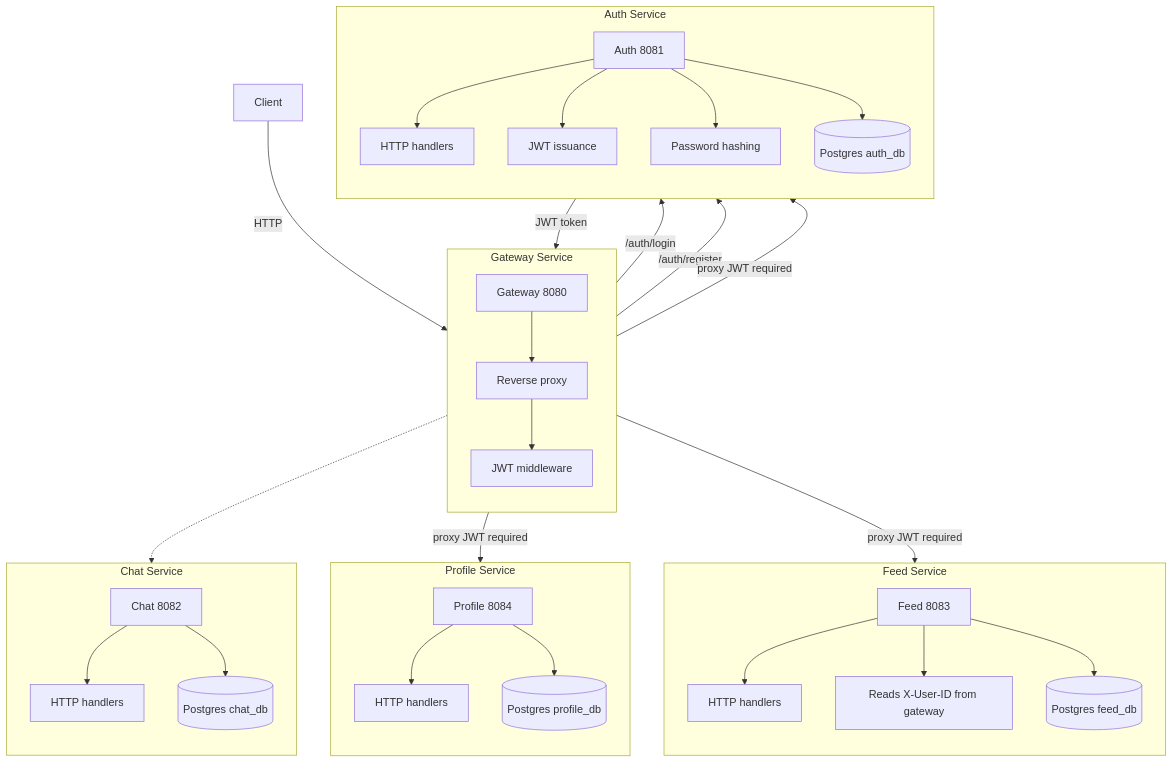
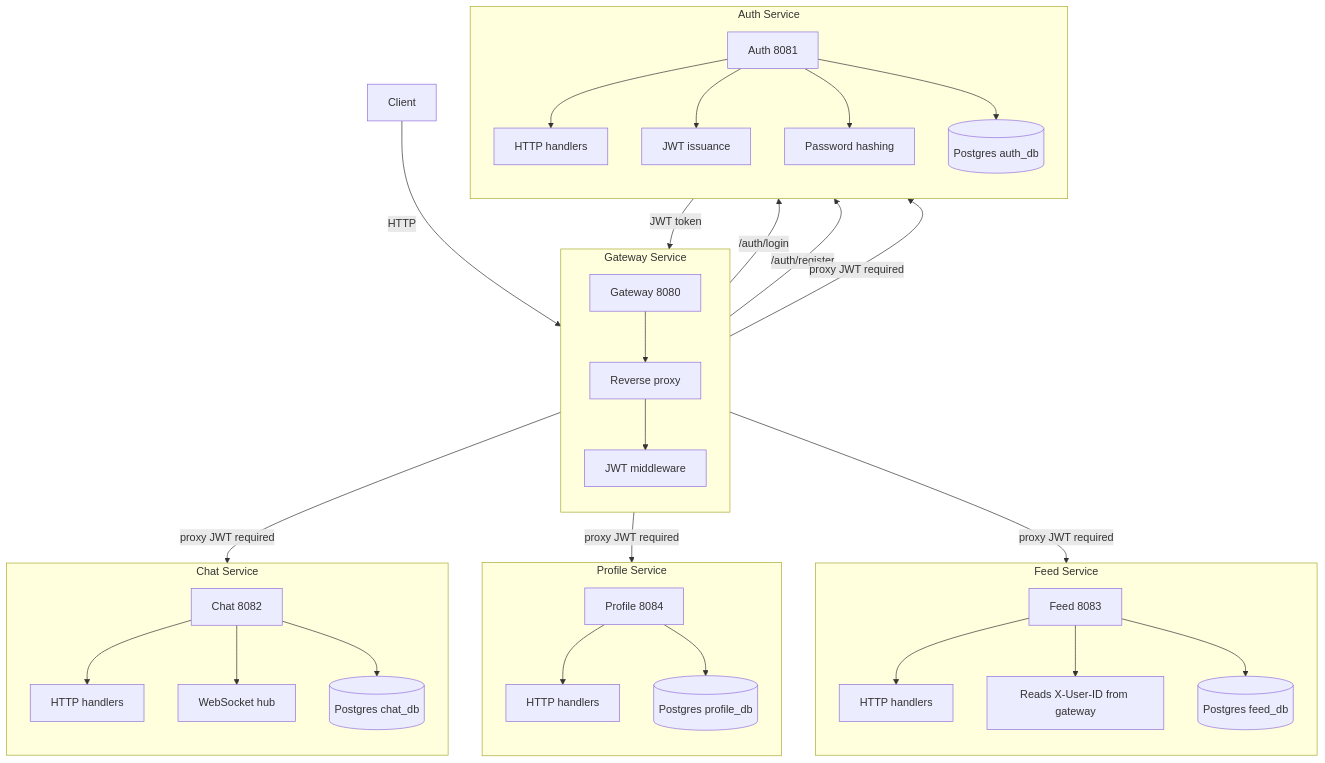
The first of 4 diagrams in README.md (abeb021/wave-connect), drawn with Mermaid before and after one commit. The commit also changed other lines of this file, not shown here.

````diff
--- a/README.md
+++ b/README.md
@@ -29,55 +30,56 @@
 ```mermaid
 flowchart TB
   C[Client]
   
   %% Gateway
   G3[Gateway 8080]
     subgraph Gateway["Gateway Service"]
     direction TB
     G2 --> G[JWT middleware]
     G3 --> G2[Reverse proxy]
   end
 
   %% Domain services
   G2 -->|/auth/login| AUTH
   G2 -->|/auth/register| AUTH
   AUTH --> |JWT token| G2
   G -->|proxy JWT required| AUTH[Auth 8081]
   G -->|proxy JWT required| FEED[Feed 8083]
   G -->|proxy JWT required| PROFILE[Profile 8084]
-  G -.-> CHAT[Chat 8082]
+  G -->|proxy JWT required| CHAT[Chat 8082]
 
   %% Auth service internals
   subgraph AuthService["Auth Service"]
     direction TB
     AUTH --> A1[HTTP handlers]
     AUTH --> A2[JWT issuance]
     AUTH --> A3[Password hashing]
     AUTH --> A4[(Postgres auth_db)]
   end
 
   %% Feed service internals
   subgraph FeedService["Feed Service"]
     direction TB
     FEED --> F1[HTTP handlers]
     FEED --> F2[Reads X-User-ID from gateway]
     FEED --> F3[(Postgres feed_db)]
   end
 
   %% Profile service internals
   subgraph ProfileService["Profile Service"]
     direction TB
     PROFILE --> P1[HTTP handlers]
     PROFILE --> P2[(Postgres profile_db)]
   end
 
   %% Chat service internals
   subgraph ChatService["Chat Service"]
     direction TB
     CHAT --> M1[HTTP handlers]
+    CHAT --> M3[WebSocket hub]
     CHAT --> M2[(Postgres chat_db)]
   end
 
   %% Client entrypoint
   C -->|HTTP| G3
 ```
````
